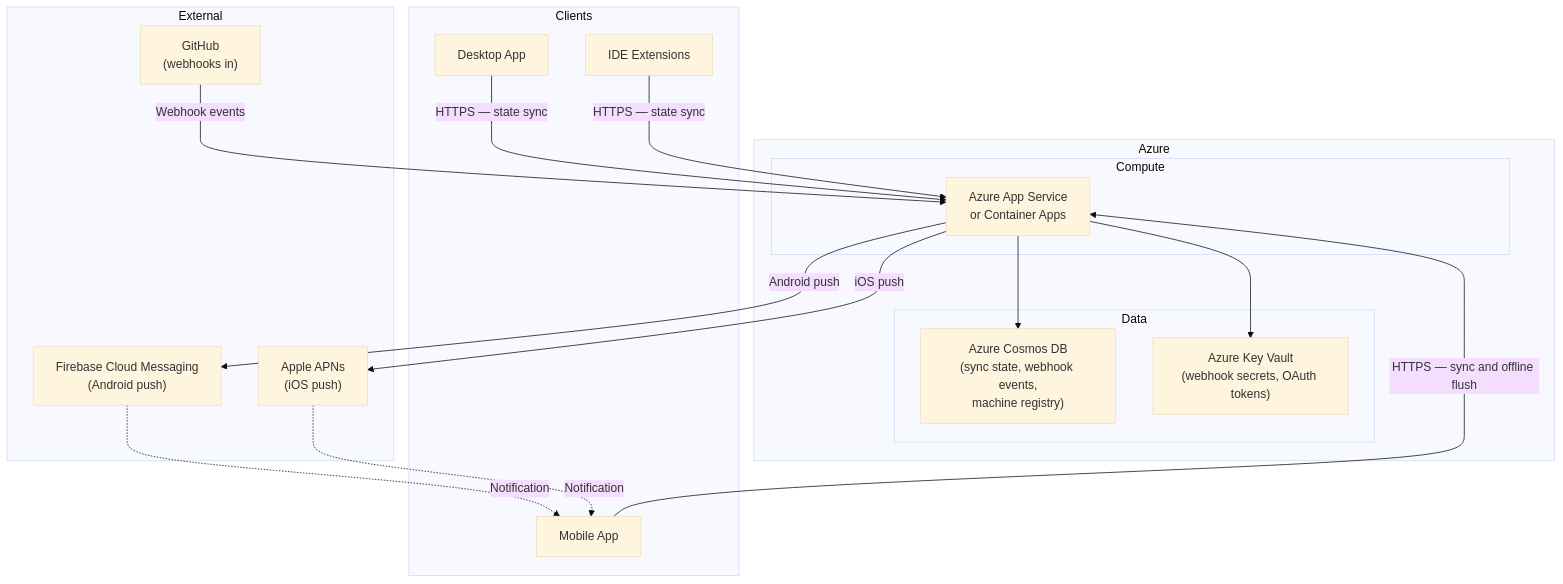
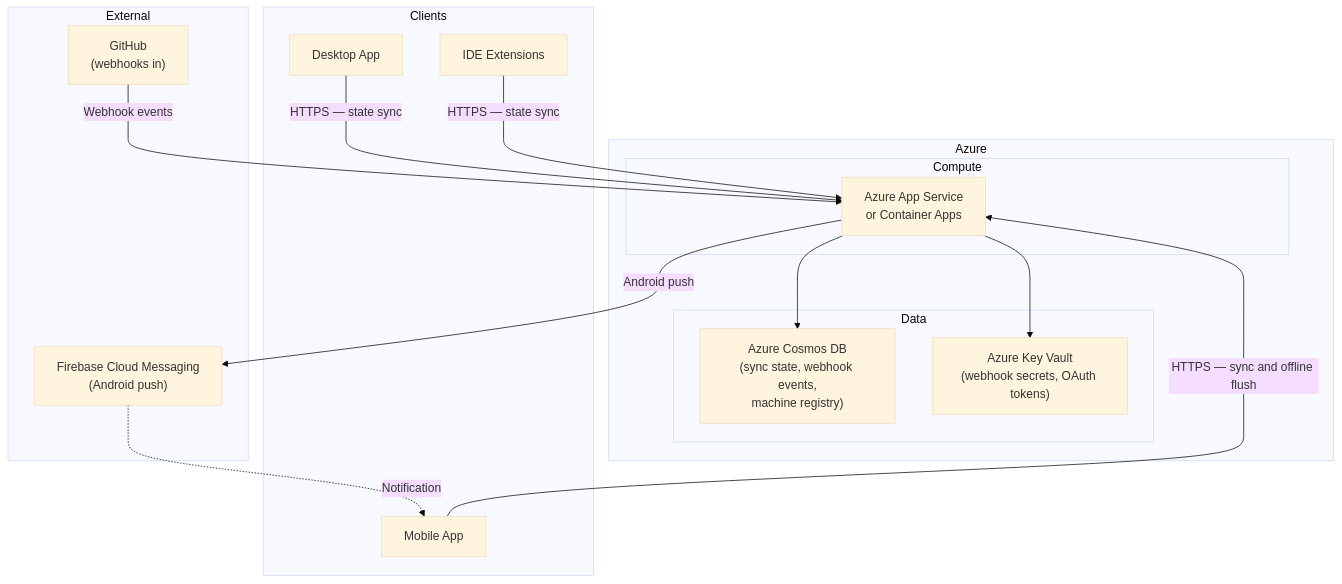
The diagram in .arc42/07-deployment-view.md (JSdotNet/Backlog), drawn with Mermaid (base theme) before and after one commit. The commit also changed other lines of this file and 3 other files, not shown here.

````diff
--- a/.arc42/07-deployment-view.md
+++ b/.arc42/07-deployment-view.md
@@ -48,39 +48,39 @@
 ```mermaid
 flowchart TB
     subgraph "Azure"
         subgraph "Compute"
             AppService["Azure App Service\nor Container Apps"]
         end
         subgraph "Data"
             CosmosDB["Azure Cosmos DB\n(sync state, webhook events,\nmachine registry)"]
             KeyVault["Azure Key Vault\n(webhook secrets, OAuth tokens)"]
         end
     end
 
     subgraph "External"
         GitHub["GitHub\n(webhooks in)"]
         FCM["Firebase Cloud Messaging\n(Android push)"]
-        APNs["Apple APNs\n(iOS push)"]
+
     end
 
     subgraph "Clients"
         Desktop["Desktop App"]
         Mobile["Mobile App"]
         IDE["IDE Extensions"]
     end
 
     Desktop -->|"HTTPS — state sync"| AppService
     Mobile -->|"HTTPS — sync and offline flush"| AppService
     IDE -->|"HTTPS — state sync"| AppService
 
     AppService --> CosmosDB
     AppService --> KeyVault
 
     GitHub -->|"Webhook events"| AppService
 
     AppService -->|"Android push"| FCM
-    AppService -->|"iOS push"| APNs
+
 
     FCM -.->|Notification| Mobile
-    APNs -.->|Notification| Mobile
+
 ```
````
